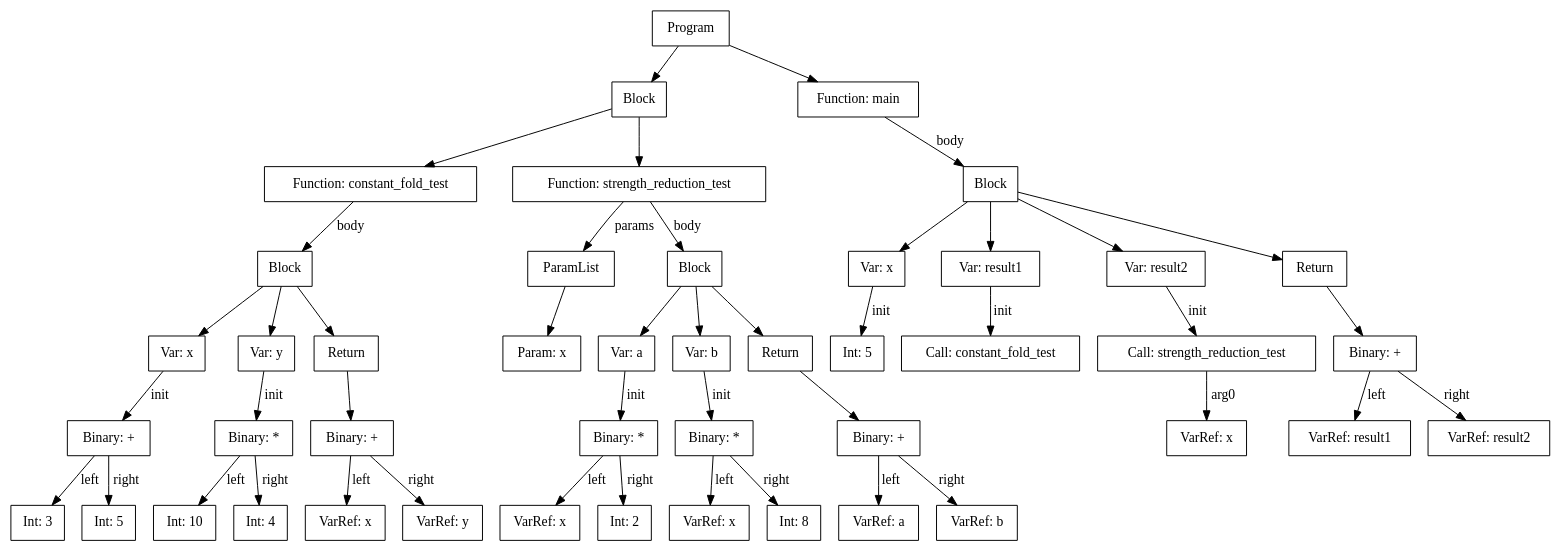
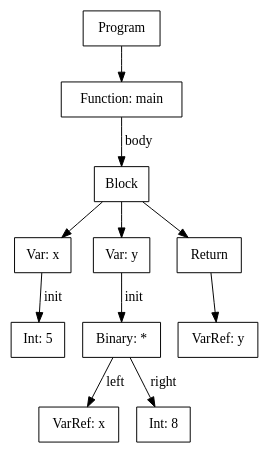
Before and after one commit to Faizan-26/C-Compiler: the diagram in ast.dot, drawn with Graphviz. The commit also changed 10 other files, not shown here.

```diff
--- a/ast.dot
+++ b/ast.dot
@@ -1,92 +1,24 @@
 digraph AST {
     node [shape=box];
-    node0x5f932d113d30 [label="Program"];
-    node0x5f932d113d30 -> node0x5f932d1133c0;
-    node0x5f932d1133c0 [label="Block"];
-    node0x5f932d1133c0 -> node0x5f932d112a20;
-    node0x5f932d112a20 [label="Function: constant_fold_test"];
-    node0x5f932d112a20 -> node0x5f932d112570 [label="body"];
-    node0x5f932d112570 [label="Block"];
-    node0x5f932d112570 -> node0x5f932d1126d0;
-    node0x5f932d1126d0 [label="Var: x"];
-    node0x5f932d1126d0 -> node0x5f932d112680 [label="init"];
-    node0x5f932d112680 [label="Binary: +"];
-    node0x5f932d112680 -> node0x5f932d1125e0 [label="left"];
-    node0x5f932d112680 -> node0x5f932d112630 [label="right"];
-    node0x5f932d1125e0 [label="Int: 3"];
-    node0x5f932d112630 [label="Int: 5"];
-    node0x5f932d112570 -> node0x5f932d112850;
-    node0x5f932d112850 [label="Var: y"];
-    node0x5f932d112850 -> node0x5f932d112800 [label="init"];
-    node0x5f932d112800 [label="Binary: *"];
-    node0x5f932d112800 -> node0x5f932d112760 [label="left"];
-    node0x5f932d112800 -> node0x5f932d1127b0 [label="right"];
-    node0x5f932d112760 [label="Int: 10"];
-    node0x5f932d1127b0 [label="Int: 4"];
-    node0x5f932d112570 -> node0x5f932d1129d0;
-    node0x5f932d1129d0 [label="Return"];
-    node0x5f932d1129d0 -> node0x5f932d112980;
-    node0x5f932d112980 [label="Binary: +"];
-    node0x5f932d112980 -> node0x5f932d1128c0 [label="left"];
-    node0x5f932d112980 -> node0x5f932d112930 [label="right"];
-    node0x5f932d1128c0 [label="VarRef: x"];
-    node0x5f932d112930 [label="VarRef: y"];
-    node0x5f932d1133c0 -> node0x5f932d113370;
-    node0x5f932d113370 [label="Function: strength_reduction_test"];
-    node0x5f932d113370 -> node0x5f932d112b00 [label="params"];
-    node0x5f932d112b00 [label="ParamList"];
-    node0x5f932d112b00 -> node0x5f932d112ab0;
-    node0x5f932d112ab0 [label="Param: x"];
-    node0x5f932d113370 -> node0x5f932d112e80 [label="body"];
-    node0x5f932d112e80 [label="Block"];
-    node0x5f932d112e80 -> node0x5f932d113000;
-    node0x5f932d113000 [label="Var: a"];
-    node0x5f932d113000 -> node0x5f932d112fb0 [label="init"];
-    node0x5f932d112fb0 [label="Binary: *"];
-    node0x5f932d112fb0 -> node0x5f932d112f10 [label="left"];
-    node0x5f932d112fb0 -> node0x5f932d112f60 [label="right"];
-    node0x5f932d112f10 [label="VarRef: x"];
-    node0x5f932d112f60 [label="Int: 2"];
-    node0x5f932d112e80 -> node0x5f932d1131a0;
-    node0x5f932d1131a0 [label="Var: b"];
-    node0x5f932d1131a0 -> node0x5f932d113150 [label="init"];
-    node0x5f932d113150 [label="Binary: *"];
-    node0x5f932d113150 -> node0x5f932d1130b0 [label="left"];
-    node0x5f932d113150 -> node0x5f932d113100 [label="right"];
-    node0x5f932d1130b0 [label="VarRef: x"];
-    node0x5f932d113100 [label="Int: 8"];
-    node0x5f932d112e80 -> node0x5f932d113320;
-    node0x5f932d113320 [label="Return"];
-    node0x5f932d113320 -> node0x5f932d1132d0;
-    node0x5f932d1132d0 [label="Binary: +"];
-    node0x5f932d1132d0 -> node0x5f932d113210 [label="left"];
-    node0x5f932d1132d0 -> node0x5f932d113280 [label="right"];
-    node0x5f932d113210 [label="VarRef: a"];
-    node0x5f932d113280 [label="VarRef: b"];
-    node0x5f932d113d30 -> node0x5f932d113c90;
-    node0x5f932d113c90 [label="Function: main"];
-    node0x5f932d113c90 -> node0x5f932d113450 [label="body"];
-    node0x5f932d113450 [label="Block"];
-    node0x5f932d113450 -> node0x5f932d113510;
-    node0x5f932d113510 [label="Var: x"];
-    node0x5f932d113510 -> node0x5f932d1134c0 [label="init"];
-    node0x5f932d1134c0 [label="Int: 5"];
-    node0x5f932d113450 -> node0x5f932d113610;
-    node0x5f932d113610 [label="Var: result1"];
-    node0x5f932d113610 -> node0x5f932d1135c0 [label="init"];
-    node0x5f932d1135c0 [label="Call: constant_fold_test"];
-    node0x5f932d113450 -> node0x5f932d113a90;
-    node0x5f932d113a90 [label="Var: result2"];
-    node0x5f932d113a90 -> node0x5f932d113710 [label="init"];
-    node0x5f932d113710 [label="Call: strength_reduction_test"];
-    node0x5f932d113710 -> node0x5f932d1136c0 [label="arg0"];
-    node0x5f932d1136c0 [label="VarRef: x"];
-    node0x5f932d113450 -> node0x5f932d113c10;
-    node0x5f932d113c10 [label="Return"];
-    node0x5f932d113c10 -> node0x5f932d113bc0;
-    node0x5f932d113bc0 [label="Binary: +"];
-    node0x5f932d113bc0 -> node0x5f932d113b00 [label="left"];
-    node0x5f932d113bc0 -> node0x5f932d113b70 [label="right"];
-    node0x5f932d113b00 [label="VarRef: result1"];
-    node0x5f932d113b70 [label="VarRef: result2"];
+    node0x58d8e2b37930 [label="Program"];
+    node0x58d8e2b37930 -> node0x58d8e2b378e0;
+    node0x58d8e2b378e0 [label="Function: main"];
+    node0x58d8e2b378e0 -> node0x58d8e2b37570 [label="body"];
+    node0x58d8e2b37570 [label="Block"];
+    node0x58d8e2b37570 -> node0x58d8e2b37630;
+    node0x58d8e2b37630 [label="Var: x"];
+    node0x58d8e2b37630 -> node0x58d8e2b375e0 [label="init"];
+    node0x58d8e2b375e0 [label="Int: 5"];
+    node0x58d8e2b37570 -> node0x58d8e2b377d0;
+    node0x58d8e2b377d0 [label="Var: y"];
+    node0x58d8e2b377d0 -> node0x58d8e2b37780 [label="init"];
+    node0x58d8e2b37780 [label="Binary: *"];
+    node0x58d8e2b37780 -> node0x58d8e2b376e0 [label="left"];
+    node0x58d8e2b37780 -> node0x58d8e2b37730 [label="right"];
+    node0x58d8e2b376e0 [label="VarRef: x"];
+    node0x58d8e2b37730 [label="Int: 8"];
+    node0x58d8e2b37570 -> node0x58d8e2b37890;
+    node0x58d8e2b37890 [label="Return"];
+    node0x58d8e2b37890 -> node0x58d8e2b37840;
+    node0x58d8e2b37840 [label="VarRef: y"];
 }
```
